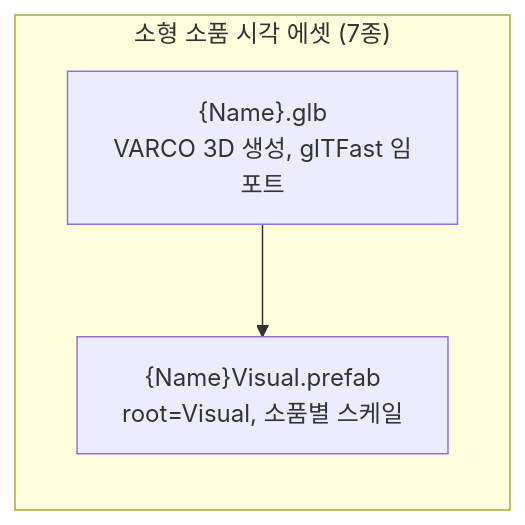
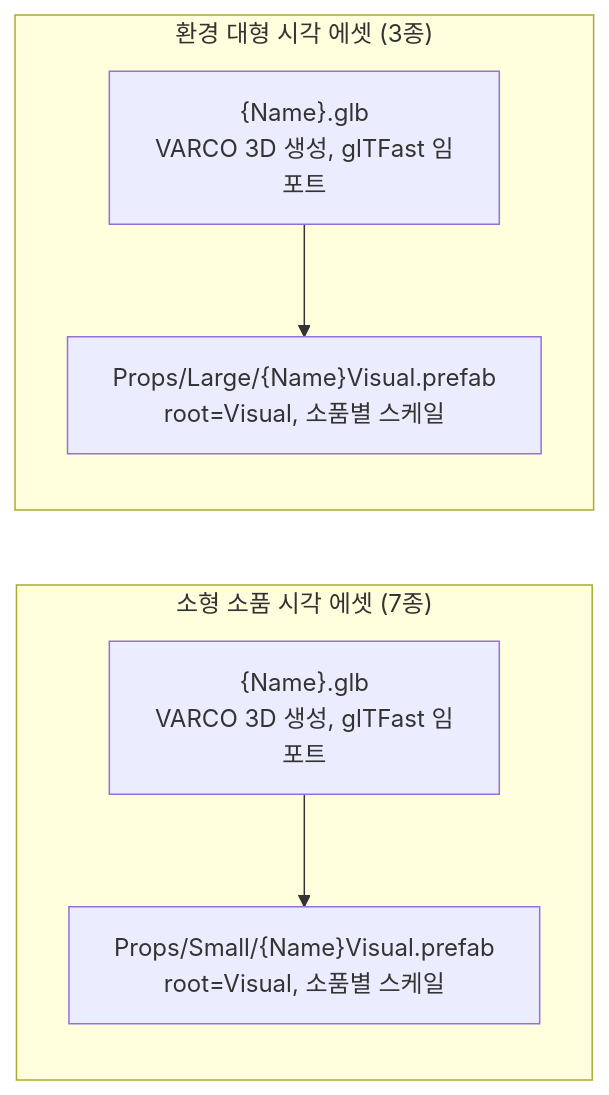
The diagram in docs/TECH_NOTES/mine-props.md (KDNA-Gwangju-1/NCAIClicker), drawn with Mermaid before and after one commit. The commit also changed other lines of this file and 33 other files, not shown here.

````diff
--- a/docs/TECH_NOTES/mine-props.md
+++ b/docs/TECH_NOTES/mine-props.md
@@ -28,8 +37,13 @@
 ```mermaid
 flowchart LR
-  subgraph Asset["소형 소품 시각 에셋 (7종)"]
-    glb["{Name}.glb<br/>VARCO 3D 생성, glTFast 임포트"]
-    visual["{Name}Visual.prefab<br/>root=Visual, 소품별 스케일"]
-    glb --> visual
+  subgraph Small["소형 소품 시각 에셋 (7종)"]
+    glbS["{Name}.glb<br/>VARCO 3D 생성, glTFast 임포트"]
+    visualS["Props/Small/{Name}Visual.prefab<br/>root=Visual, 소품별 스케일"]
+    glbS --> visualS
+  end
+  subgraph Large["환경 대형 시각 에셋 (3종)"]
+    glbL["{Name}.glb<br/>VARCO 3D 생성, glTFast 임포트"]
+    visualL["Props/Large/{Name}Visual.prefab<br/>root=Visual, 소품별 스케일"]
+    glbL --> visualL
   end
 ```
````
